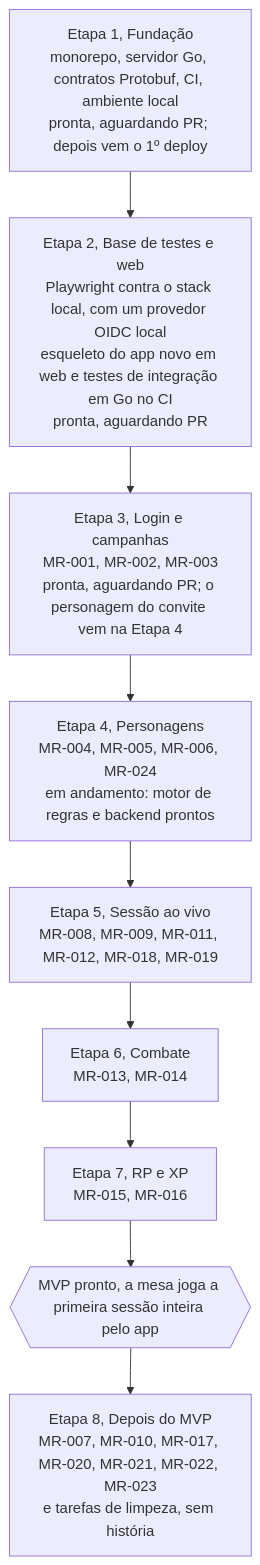
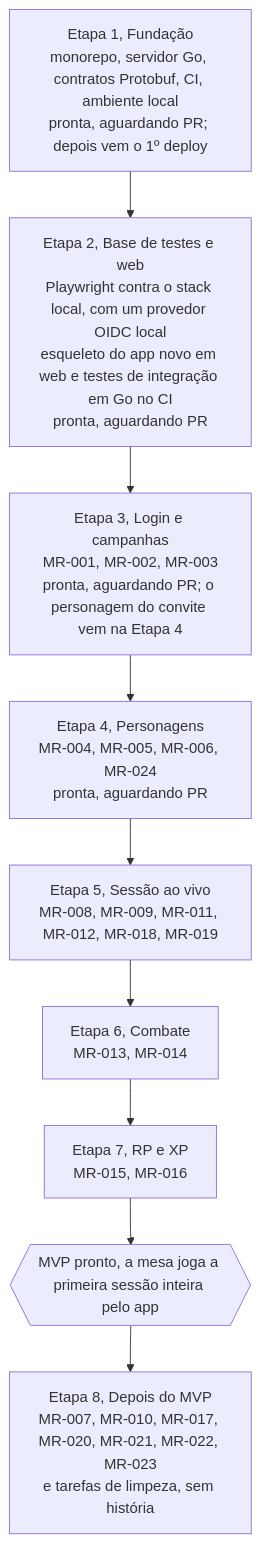
The diagram in docs/roadmap.md (PuraFome/meuRPG), drawn with Mermaid before and after one commit. The commit also changed other lines of this file and 82 other files, not shown here.

````diff
--- a/docs/roadmap.md
+++ b/docs/roadmap.md
@@ -5,14 +5,14 @@
 ```mermaid
 flowchart TD
     E1["Etapa 1, Fundação<br/>monorepo, servidor Go, contratos Protobuf, CI, ambiente local<br/>pronta, aguardando PR; depois vem o 1º deploy"]
     E2["Etapa 2, Base de testes e web<br/>Playwright contra o stack local, com um provedor OIDC local<br/>esqueleto do app novo em web e testes de integração em Go no CI<br/>pronta, aguardando PR"]
     E3["Etapa 3, Login e campanhas<br/>MR-001, MR-002, MR-003<br/>pronta, aguardando PR; o personagem do convite vem na Etapa 4"]
-    E4["Etapa 4, Personagens<br/>MR-004, MR-005, MR-006, MR-024<br/>em andamento: motor de regras e backend prontos"]
+    E4["Etapa 4, Personagens<br/>MR-004, MR-005, MR-006, MR-024<br/>pronta, aguardando PR"]
     E5["Etapa 5, Sessão ao vivo<br/>MR-008, MR-009, MR-011, MR-012, MR-018, MR-019"]
     E6["Etapa 6, Combate<br/>MR-013, MR-014"]
     E7["Etapa 7, RP e XP<br/>MR-015, MR-016"]
     MVP{{"MVP pronto, a mesa joga a primeira sessão inteira pelo app"}}
     E8["Etapa 8, Depois do MVP<br/>MR-007, MR-010, MR-017, MR-020, MR-021, MR-022, MR-023<br/>e tarefas de limpeza, sem história"]
 
     E1 --> E2 --> E3 --> E4 --> E5 --> E6 --> E7 --> MVP --> E8
 ```
````
